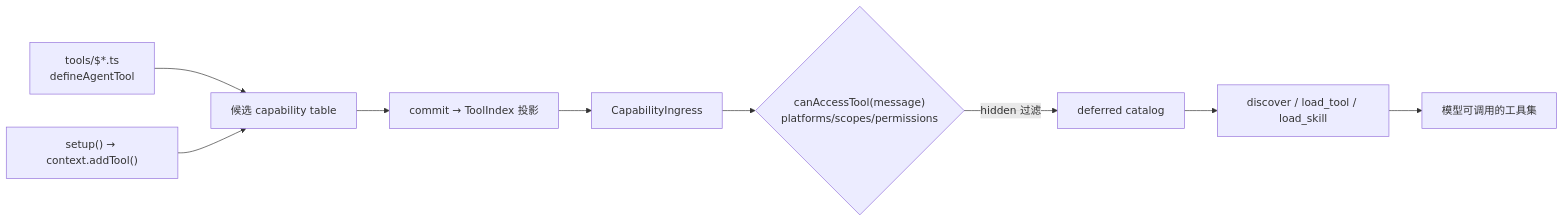
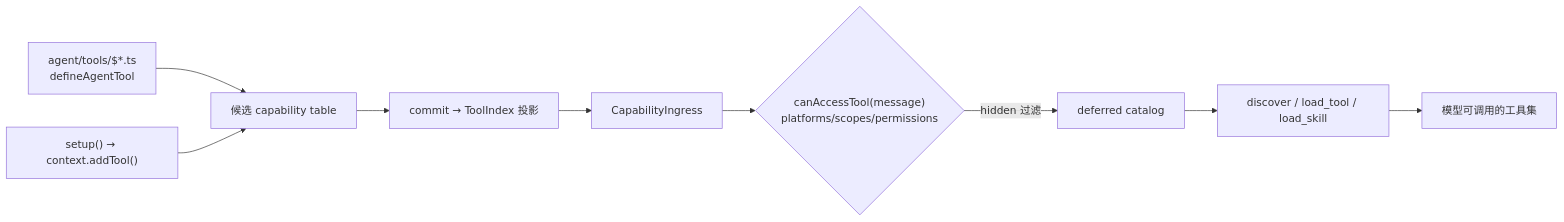
The diagram in docs/authoring/agent-tools.md (zhinjs/zhin), drawn with Mermaid before and after one commit. The commit also changed other lines of this file and 244 other files, not shown here.

Commit message:
refactor(tool): unify agent tool authoring

````diff
--- a/docs/authoring/agent-tools.md
+++ b/docs/authoring/agent-tools.md
@@ -10,11 +10,11 @@
 ```mermaid
 flowchart LR
-    A["tools/$*.ts<br/>defineAgentTool"] --> C[候选 capability table]
+    A["agent/tools/$*.ts<br/>defineAgentTool"] --> C[候选 capability table]
     B["setup() → context.addTool()"] --> C
     C --> D["commit → ToolIndex 投影"]
     D --> E[CapabilityIngress]
     E --> F{"canAccessTool(message)<br/>platforms/scopes/permissions"}
     F -->|hidden 过滤| G[deferred catalog]
     G --> H["discover / load_tool / load_skill"]
     H --> I[模型可调用的工具集]
 ```
````
